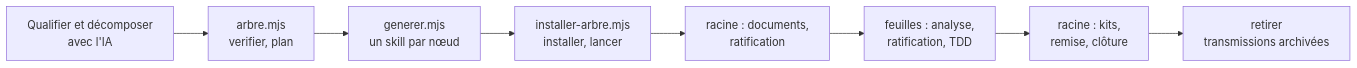
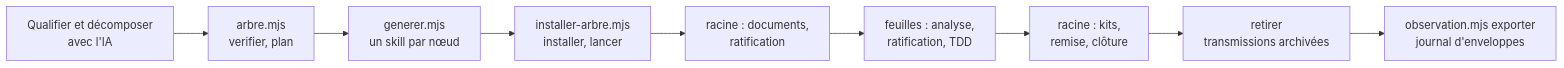
One commit to FredGarcia/Agent2Prompt changed the diagram in docs/generateur-skill-ticket/mode-emploi.md. Above: the diagram before and after it, drawn with Mermaid. The commit also changed other lines of this file and 29 other files, not shown here.

````diff
--- a/docs/generateur-skill-ticket/mode-emploi.md
+++ b/docs/generateur-skill-ticket/mode-emploi.md
@@ -5,10 +5,11 @@
 ```mermaid
 flowchart LR
   Q["Qualifier et décomposer<br/>avec l'IA"] --> V["arbre.mjs<br/>verifier, plan"]
   V --> G["generer.mjs<br/>un skill par nœud"]
   G --> I["installer-arbre.mjs<br/>installer, lancer"]
   I --> R["racine : documents,<br/>ratification"]
   R --> F["feuilles : analyse,<br/>ratification, TDD"]
   F --> C["racine : kits,<br/>remise, clôture"]
   C --> X["retirer<br/>transmissions archivées"]
+  X --> O["observation.mjs exporter<br/>journal d'enveloppes"]
 ```
````
